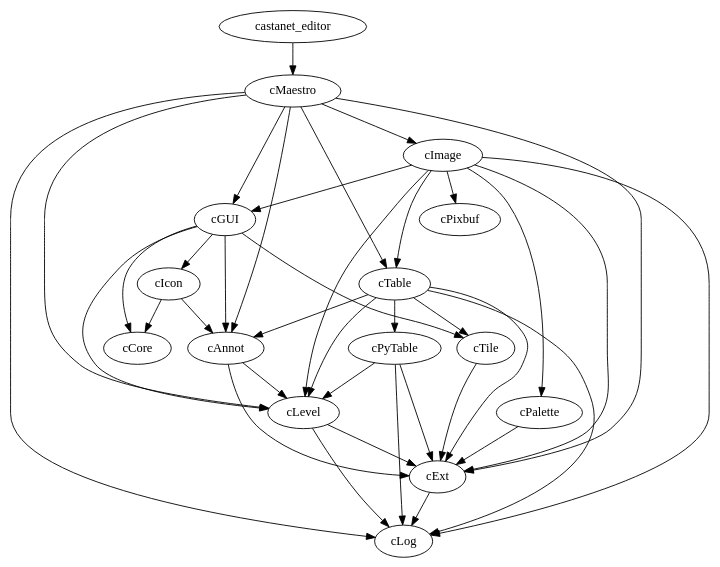
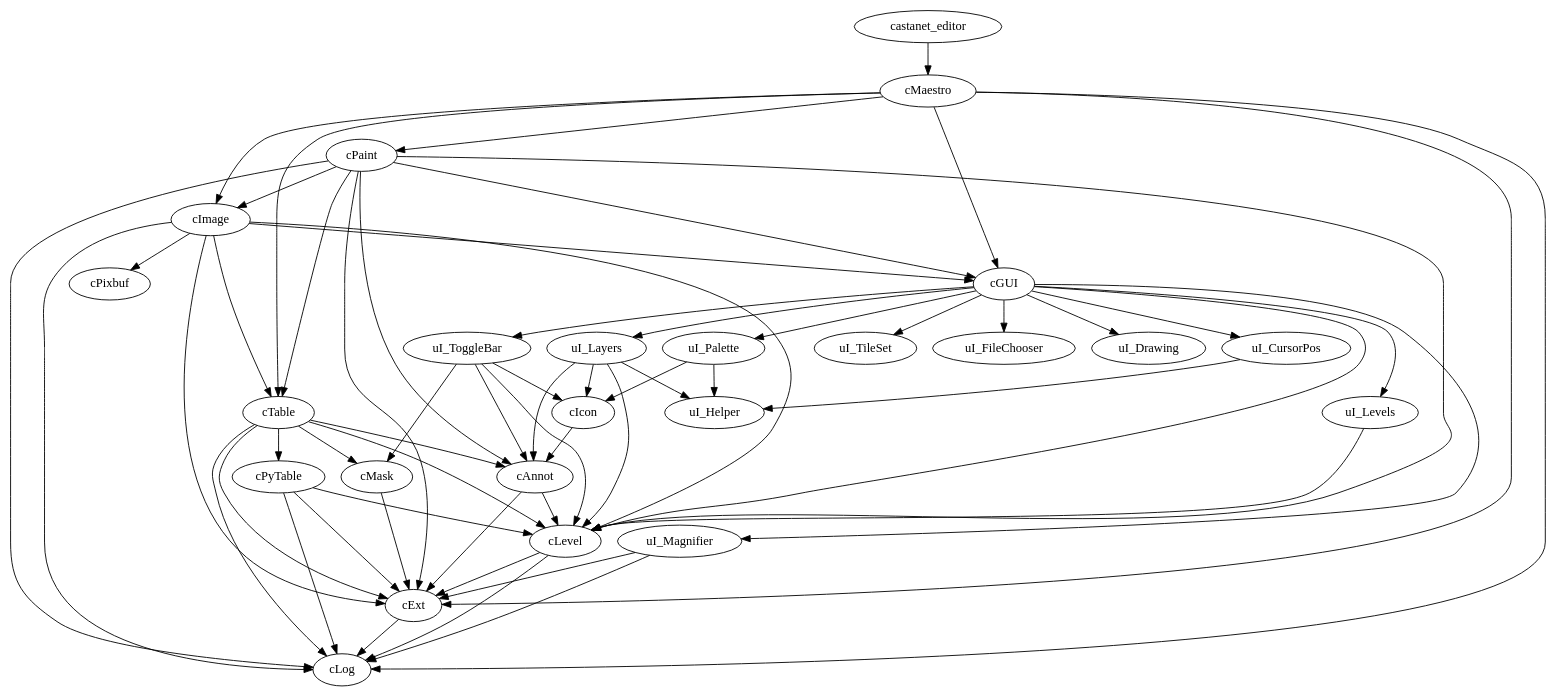
Before and after one commit to SchornacklabSLCU/amfinder: the diagram in doc/graph/dep_graph.dot, drawn with Graphviz. The commit also changed 2 other files, not shown here.

```diff
--- a/doc/graph/dep_graph.dot
+++ b/doc/graph/dep_graph.dot
@@ -1,40 +1,62 @@
 digraph depend {
 cAnnot -> cLevel
 cAnnot -> cExt
 cExt -> cLog
-cGUI -> cTile
+cGUI -> uI_ToggleBar
+cGUI -> uI_TileSet
+cGUI -> uI_Palette
+cGUI -> uI_Magnifier
+cGUI -> uI_Levels
+cGUI -> uI_Layers
+cGUI -> uI_FileChooser
+cGUI -> uI_Drawing
+cGUI -> uI_CursorPos
 cGUI -> cLevel
-cGUI -> cIcon
-cGUI -> cCore
-cGUI -> cAnnot
-cIcon -> cCore
 cIcon -> cAnnot
 cImage -> cTable
 cImage -> cPixbuf
-cImage -> cPalette
 cImage -> cLog
 cImage -> cGUI
 cImage -> cExt
 cImage -> cLevel
 cLevel -> cLog
 cLevel -> cExt
 cMaestro -> cTable
+cMaestro -> cPaint
 cMaestro -> cLog
-cMaestro -> cLevel
 cMaestro -> cImage
 cMaestro -> cGUI
 cMaestro -> cExt
-cMaestro -> cAnnot
-cPalette -> cExt
+cMask -> cExt
+cPaint -> cTable
+cPaint -> cLog
+cPaint -> cLevel
+cPaint -> cImage
+cPaint -> cGUI
+cPaint -> cExt
+cPaint -> cAnnot
 cPyTable -> cLog
 cPyTable -> cLevel
 cPyTable -> cExt
-cTable -> cTile
 cTable -> cPyTable
+cTable -> cMask
 cTable -> cLog
 cTable -> cLevel
 cTable -> cExt
 cTable -> cAnnot
-cTile -> cExt
 castanet_editor -> cMaestro
+uI_CursorPos -> uI_Helper
+uI_Layers -> uI_Helper
+uI_Layers -> cLevel
+uI_Layers -> cIcon
+uI_Layers -> cAnnot
+uI_Levels -> cLevel
+uI_Magnifier -> cLog
+uI_Magnifier -> cExt
+uI_Palette -> uI_Helper
+uI_Palette -> cIcon
+uI_ToggleBar -> cMask
+uI_ToggleBar -> cLevel
+uI_ToggleBar -> cIcon
+uI_ToggleBar -> cAnnot
 }
```
